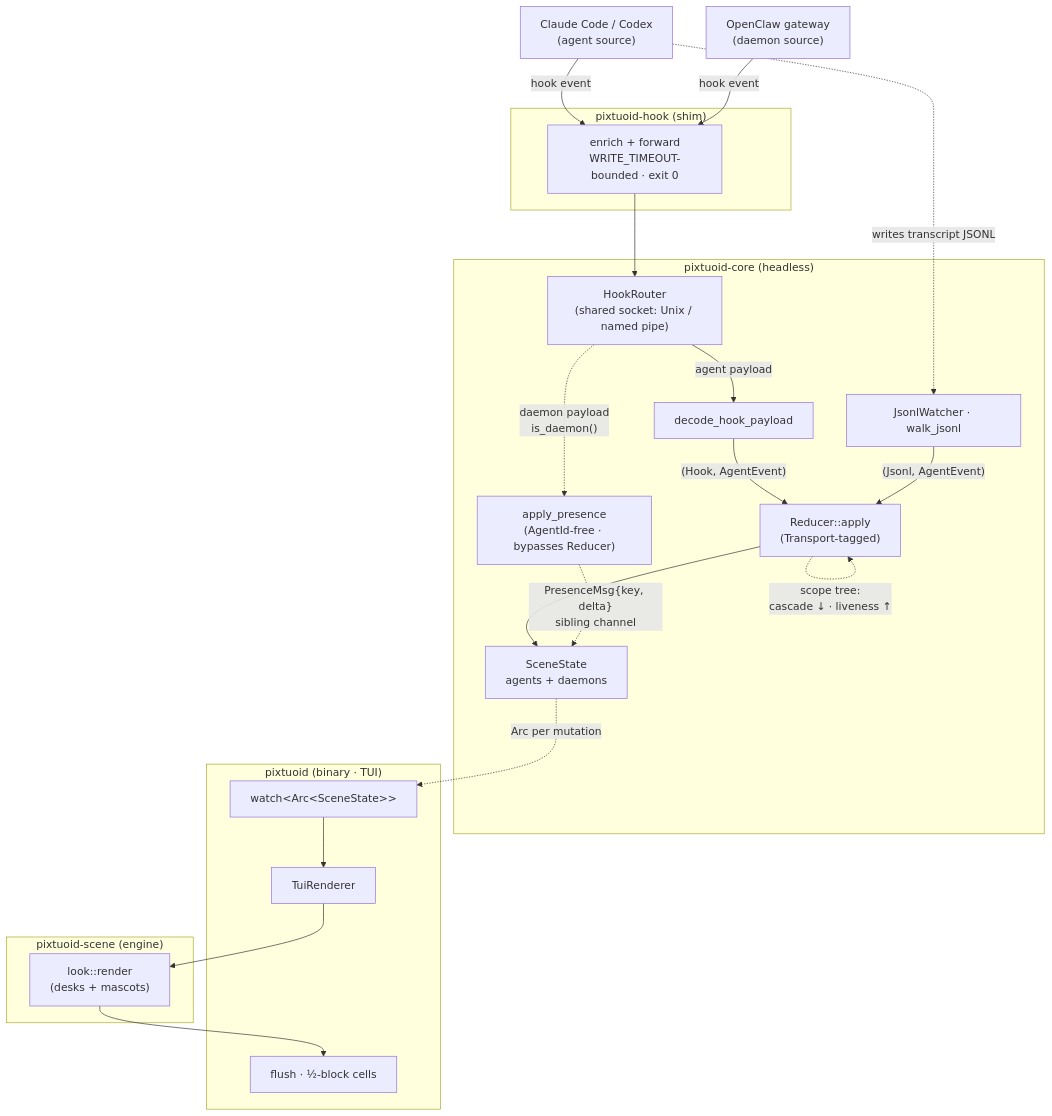
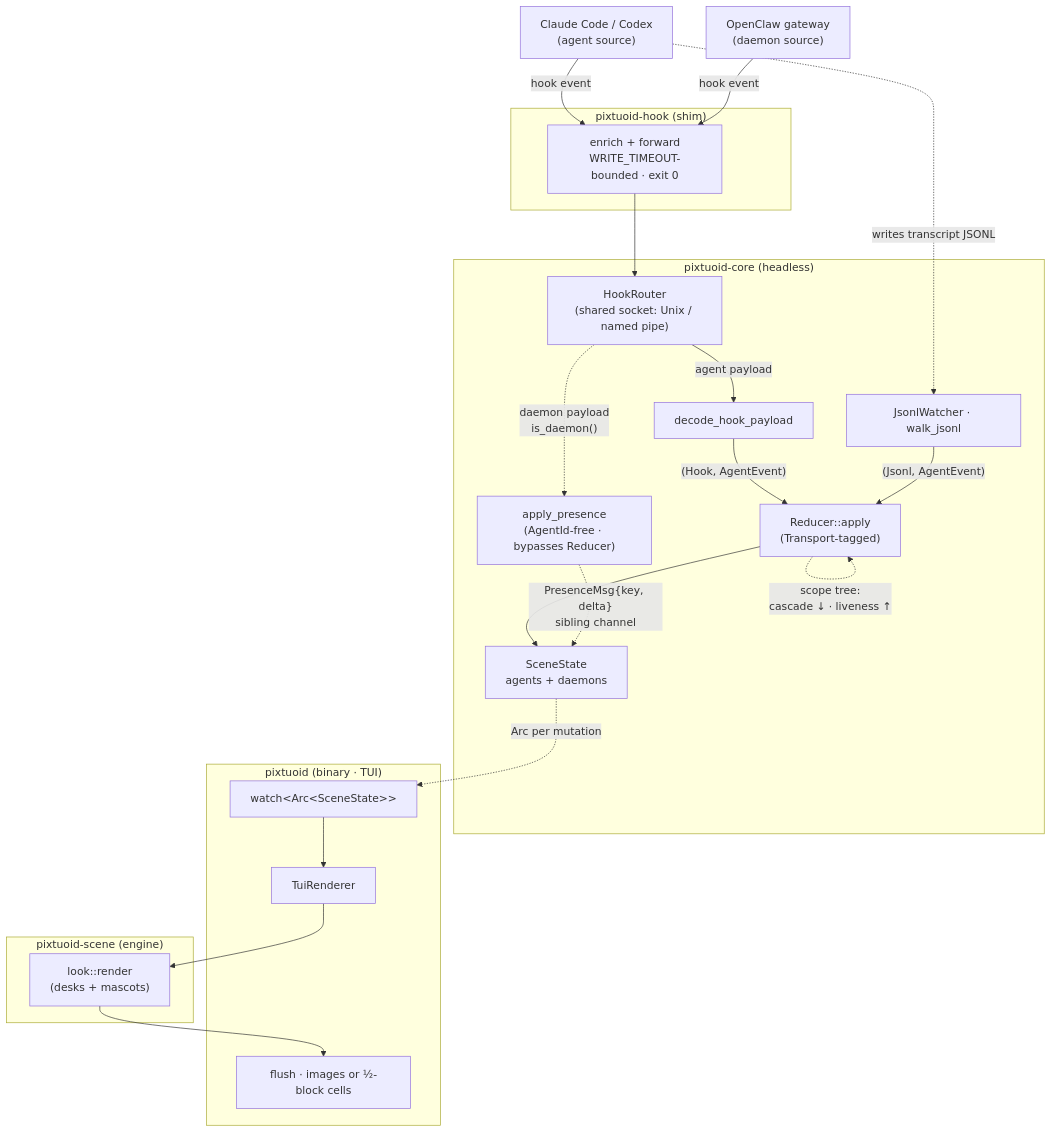
The diagram in docs/ARCHITECTURE.md (anateus/pixtuoid), drawn with Mermaid before and after one commit. The commit also changed other lines of this file and 21 other files, not shown here.

First line of the commit message:
feat(tui)!: pixtuoid draws the cutaway by default, and --look picks the office (#1835)

````diff
--- a/docs/ARCHITECTURE.md
+++ b/docs/ARCHITECTURE.md
@@ -47,45 +47,45 @@
 ```mermaid
 flowchart TB
   accTitle: pixtuoid data flow
-  accDescr: A hook or transcript event flows from a coding agent (Claude Code, Codex) through the pixtuoid-hook shim into pixtuoid-core, where a HookRouter demuxes agent payloads to the Transport-tagged reducer and SceneState.agents. A daemon gateway (OpenClaw) shares the same shim and socket but is routed instead to apply_presence and SceneState.daemons over a sibling channel that bypasses the reducer. The pixtuoid TUI renderer then paints the whole scene through the pixtuoid-scene engine's terminal-agnostic pixel pass and a half-block flush.
+  accDescr: A hook or transcript event flows from a coding agent (Claude Code, Codex) through the pixtuoid-hook shim into pixtuoid-core, where a HookRouter demuxes agent payloads to the Transport-tagged reducer and SceneState.agents. A daemon gateway (OpenClaw) shares the same shim and socket but is routed instead to apply_presence and SceneState.daemons over a sibling channel that bypasses the reducer. The pixtuoid TUI renderer then paints the whole scene through the pixtuoid-scene engine's terminal-agnostic pixel pass and flushes it as terminal images where the terminal draws them, else as half-block cells.
   CC["Claude Code / Codex<br/>(agent source)"]
   OC["OpenClaw gateway<br/>(daemon source)"]
 
   subgraph hook["pixtuoid-hook (shim)"]
     SH["enrich + forward<br/>WRITE_TIMEOUT-bounded · exit 0"]
   end
 
   subgraph core["pixtuoid-core (headless)"]
     L["HookRouter<br/>(shared socket: Unix / named pipe)"]
     D["decode_hook_payload"]
     J["JsonlWatcher · walk_jsonl"]
     R["Reducer::apply<br/>(Transport-tagged)"]
     AP["apply_presence<br/>(AgentId-free · bypasses Reducer)"]
     S["SceneState<br/>agents + daemons"]
     L -->|agent payload| D
     L -.->|"daemon payload<br/>is_daemon()"| AP
     D -->|"(Hook, AgentEvent)"| R
     J -->|"(Jsonl, AgentEvent)"| R
     R --> S
     AP -.->|"PresenceMsg{key, delta}<br/>sibling channel"| S
     R -.->|"scope tree:<br/>cascade ↓ · liveness ↑"| R
   end
 
   subgraph bin["pixtuoid (binary · TUI)"]
     W["watch&lt;Arc&lt;SceneState&gt;&gt;"]
     TR["TuiRenderer"]
-    FL["flush · ½-block cells"]
+    FL["flush · images or ½-block cells"]
   end
 
   subgraph scene["pixtuoid-scene (engine)"]
     PX["look::render<br/>(desks + mascots)"]
   end
 
   W --> TR --> PX --> FL
 
   CC -->|hook event| SH
   OC -->|hook event| SH
   SH --> L
   CC -.->|writes transcript JSONL| J
   S -. Arc per mutation .-> W
 ```
````
